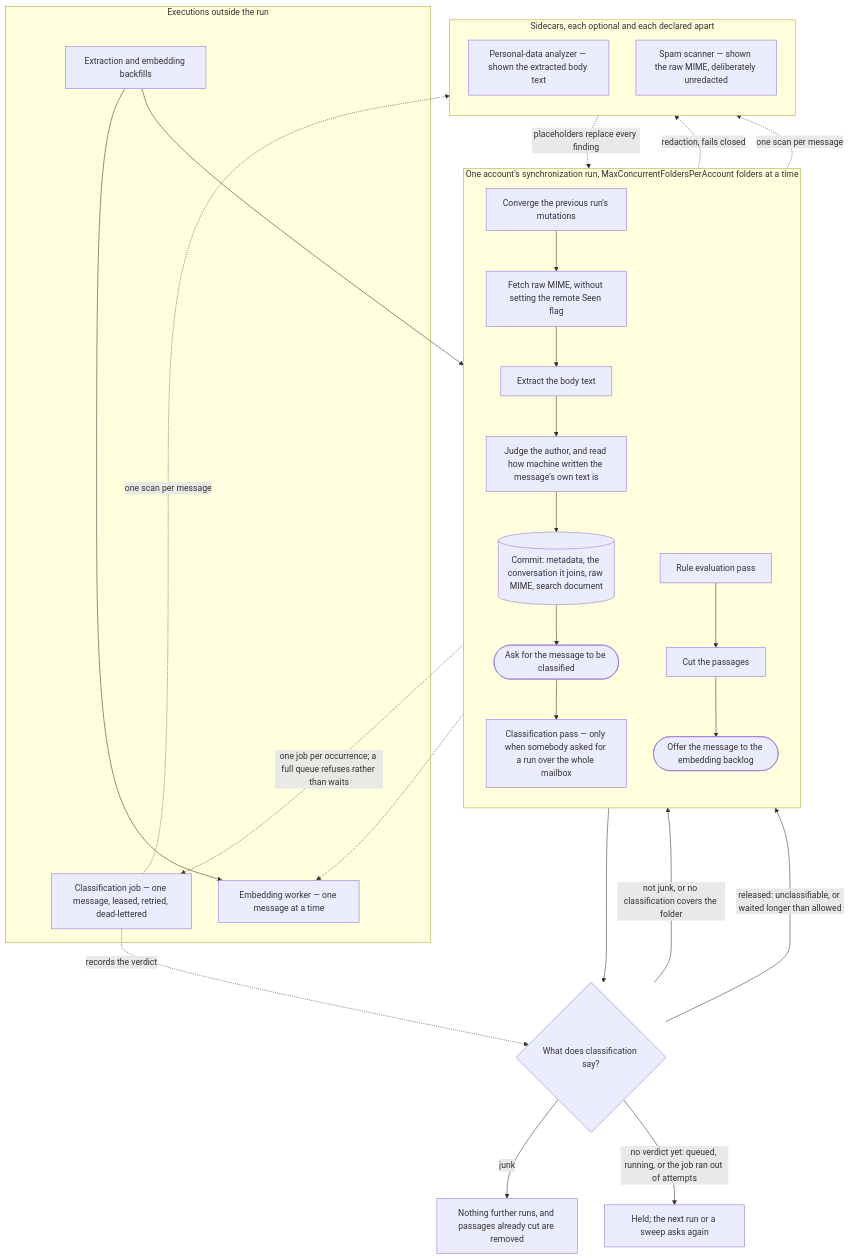
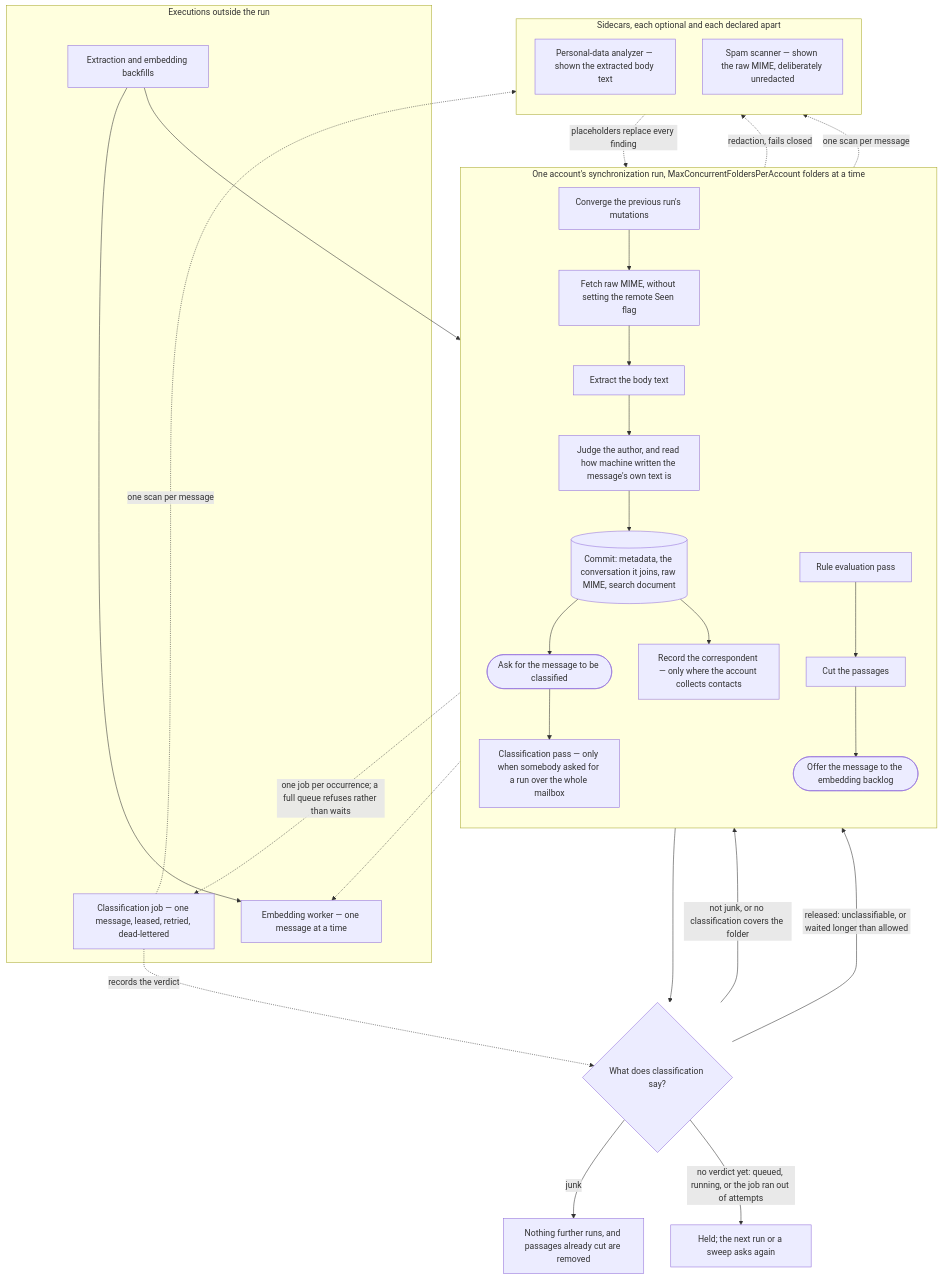
Before and after one commit to Krzysztof318/MailFathom: the diagram in docs/architecture/arrival-pipeline.md, drawn with Mermaid. The commit also changed other lines of this file and 88 other files, not shown here.

First line of the commit message:
[#754] Collect the people an account corresponds with, out of the mail a run has just stored (#943)

````diff
--- a/docs/architecture/arrival-pipeline.md
+++ b/docs/architecture/arrival-pipeline.md
@@ -16,49 +16,51 @@
 ```mermaid
 flowchart TD
     subgraph run["One account's synchronization run, MaxConcurrentFoldersPerAccount folders at a time"]
         direction TB
         converge["Converge the previous run's mutations"]
         fetch["Fetch raw MIME, without setting the remote Seen flag"]
         extract["Extract the body text"]
         judge["Judge the author, and read how machine written the message's own text is"]
         commit[("Commit: metadata, the conversation it joins, raw MIME, search document")]
         ask(["Ask for the message to be classified"])
+        collect["Record the correspondent — only where the account collects contacts"]
         classify["Classification pass — only when somebody asked for a run over the whole mailbox"]
         rules["Rule evaluation pass"]
         cut["Cut the passages"]
         offer(["Offer the message to the embedding backlog"])
     end
 
     subgraph sidecars["Sidecars, each optional and each declared apart"]
         direction TB
         presidio["Personal-data analyzer — shown the extracted body text"]
         spamd["Spam scanner — shown the raw MIME, deliberately unredacted"]
     end
 
     subgraph elsewhere["Executions outside the run"]
         job["Classification job — one message, leased, retried, dead-lettered"]
         worker["Embedding worker — one message at a time"]
         sweeps["Extraction and embedding backfills"]
     end
 
     converge --> fetch --> extract --> judge
     judge -. "redaction, fails closed" .-> presidio
     presidio -. "placeholders replace every finding" .-> judge
     judge --> commit
     commit --> ask
+    commit --> collect
     ask -. "one job per occurrence; a full queue refuses rather than waits" .-> job
     ask --> classify
     job -. "one scan per message" .-> spamd
     classify -. "one scan per message" .-> spamd
     job -. "records the verdict" .-> gate
     classify --> gate{"What does classification say?"}
     gate -- "junk" --> withheld["Nothing further runs, and passages already cut are removed"]
     gate -- "not junk, or no classification covers the folder" --> rules
     gate -- "no verdict yet: queued, running, or the job ran out of attempts" --> held["Held; the next run or a sweep asks again"]
     gate -- "released: unclassifiable, or waited longer than allowed" --> rules
     rules --> cut
     cut --> offer
     offer -.-> worker
     sweeps --> cut
     sweeps --> worker
 ```
````
